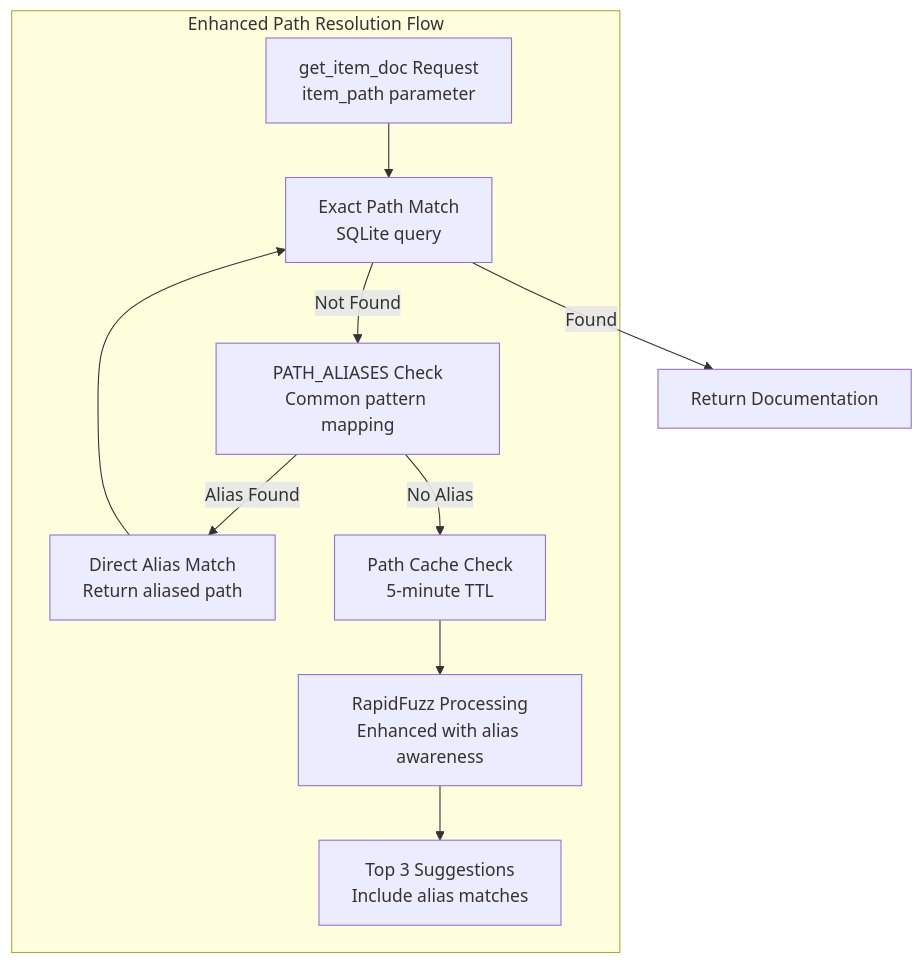
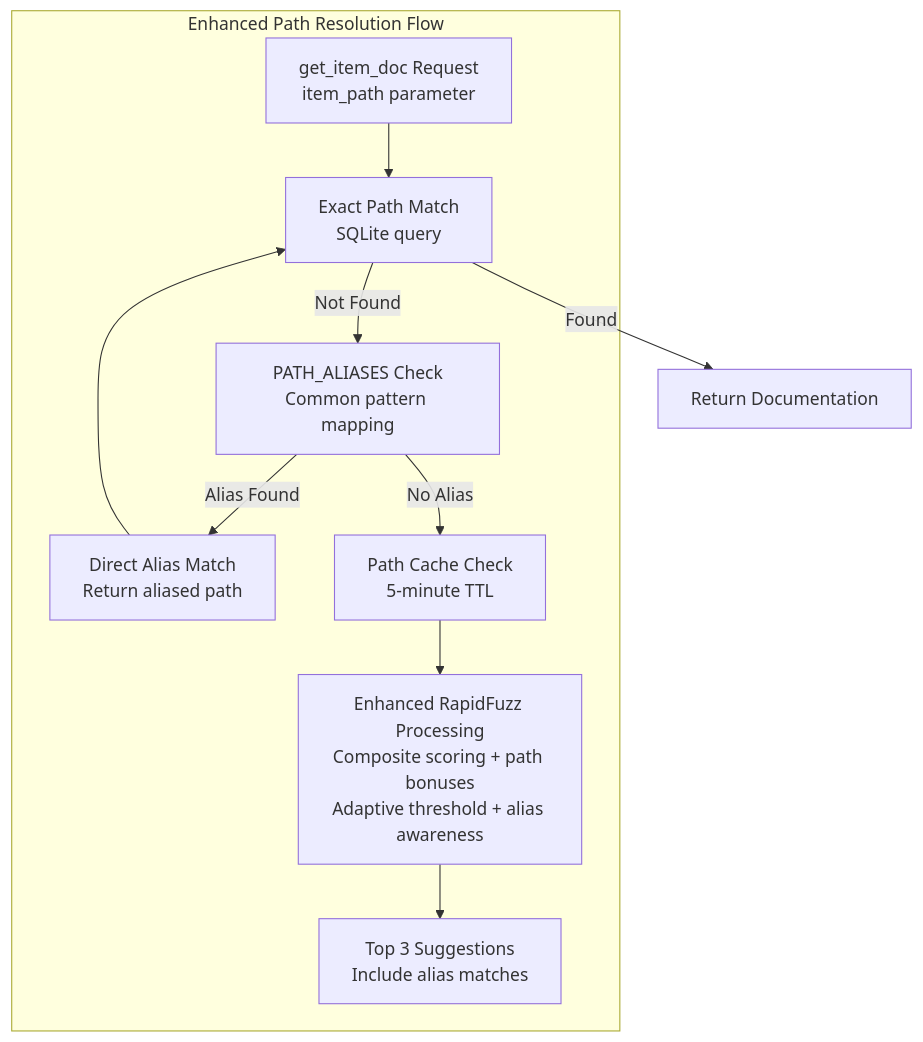
Before and after one commit to RimoVR/docsrs-mcp: diagram 18 of 53 in Architecture.md, drawn with Mermaid. The commit also changed other lines of this file and 7 other files, not shown here.

First line of the commit message:
feat: enhance fuzzy path matching with composite scoring

````diff
--- a/Architecture.md
+++ b/Architecture.md
@@ -1411,21 +1411,21 @@
 ```mermaid
 graph TD
     subgraph "Enhanced Path Resolution Flow"
         REQ[get_item_doc Request<br/>item_path parameter]
         EXACT[Exact Path Match<br/>SQLite query]
         ALIAS_CHECK[PATH_ALIASES Check<br/>Common pattern mapping]
         ALIAS_MATCH[Direct Alias Match<br/>Return aliased path]
         CACHE_CHECK[Path Cache Check<br/>5-minute TTL]
-        FUZZY[RapidFuzz Processing<br/>Enhanced with alias awareness]
+        FUZZY[Enhanced RapidFuzz Processing<br/>Composite scoring + path bonuses<br/>Adaptive threshold + alias awareness]
         SUGGESTIONS[Top 3 Suggestions<br/>Include alias matches]
     end
     
     REQ --> EXACT
     EXACT -->|Found| SUCCESS[Return Documentation]
     EXACT -->|Not Found| ALIAS_CHECK
     ALIAS_CHECK -->|Alias Found| ALIAS_MATCH
     ALIAS_MATCH --> EXACT
     ALIAS_CHECK -->|No Alias| CACHE_CHECK
     CACHE_CHECK --> FUZZY
     FUZZY --> SUGGESTIONS
 ```
````
